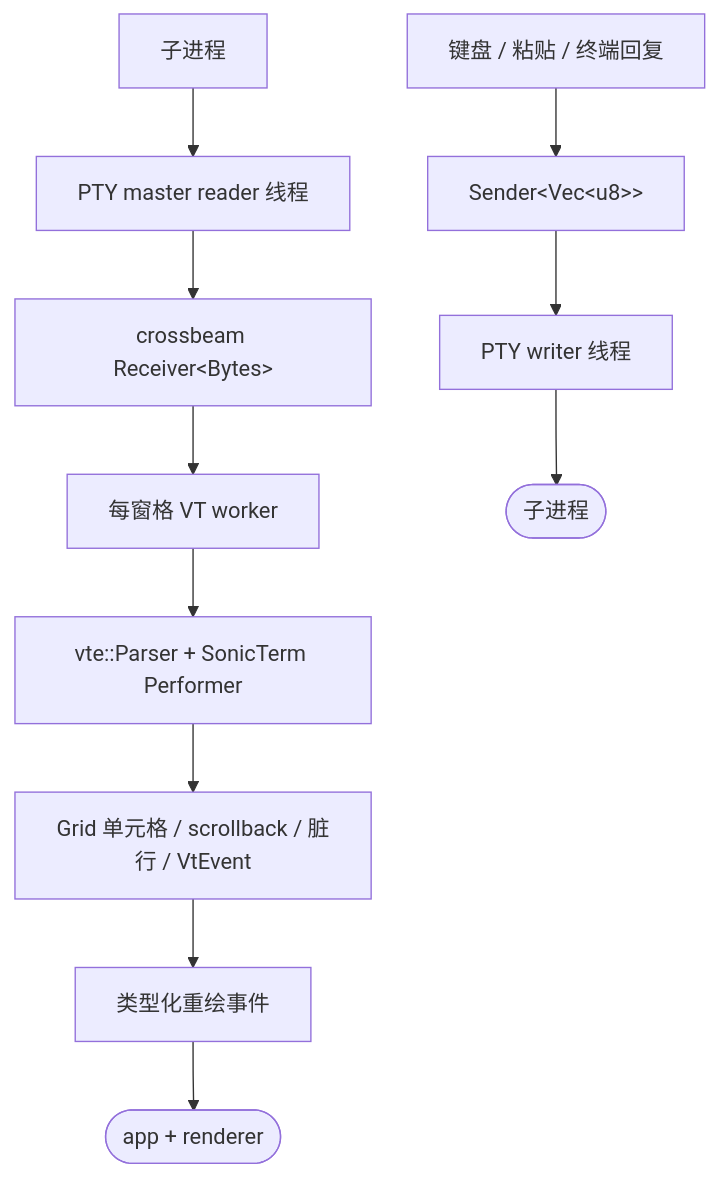
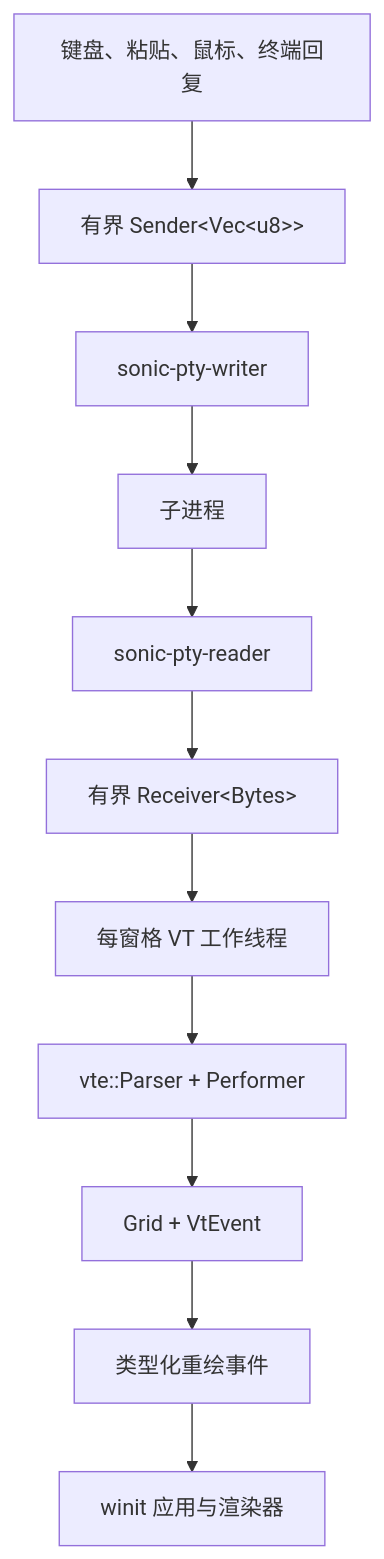
Before and after one commit to D0n9X1n/SonicTerm: the second of 2 diagrams in wiki/Terminal-IO-and-VT.md, drawn with Mermaid. The commit also changed other lines of this file and 33 other files, not shown here.

````diff
--- a/wiki/Terminal-IO-and-VT.md
+++ b/wiki/Terminal-IO-and-VT.md
@@ -299,28 +258,14 @@
 ```mermaid
 flowchart TD
-    child["子进程"]
-    reader["PTY master reader 线程"]
-    recv["crossbeam Receiver&lt;Bytes&gt;"]
-    worker["每窗格 VT worker"]
-    parser["vte::Parser + SonicTerm Performer"]
-    grid["Grid 单元格 / scrollback / 脏行 / VtEvent"]
-    redraw["类型化重绘事件"]
-    app(["app + renderer"])
+    child["子进程"] --> reader["sonic-pty-reader"]
+    reader --> output["有界 Receiver&lt;Bytes&gt;"]
+    output --> worker["每窗格 VT 工作线程"]
+    worker --> parser["vte::Parser + Performer"]
+    parser --> grid["Grid + VtEvent"]
+    grid --> redraw["类型化重绘事件"]
+    redraw --> app["winit 应用与渲染器"]
 
-    child --> reader
-    reader --> recv
-    recv --> worker
-    worker --> parser
-    parser --> grid
-    grid --> redraw
-    redraw --> app
-
-    input["键盘 / 粘贴 / 终端回复"]
-    sender["Sender&lt;Vec&lt;u8&gt;&gt;"]
-    writer["PTY writer 线程"]
-    child2(["子进程"])
-
-    input --> sender
-    sender --> writer
-    writer --> child2
+    input["键盘、粘贴、鼠标、终端回复"] --> queue["有界 Sender&lt;Vec&lt;u8&gt;&gt;"]
+    queue --> writer["sonic-pty-writer"]
+    writer --> child
 ```
````
